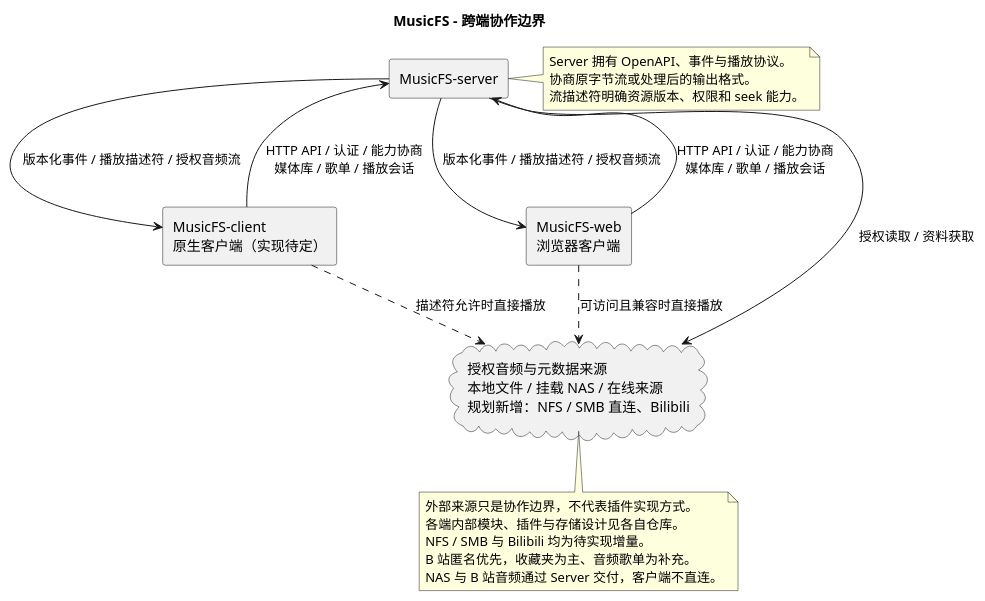
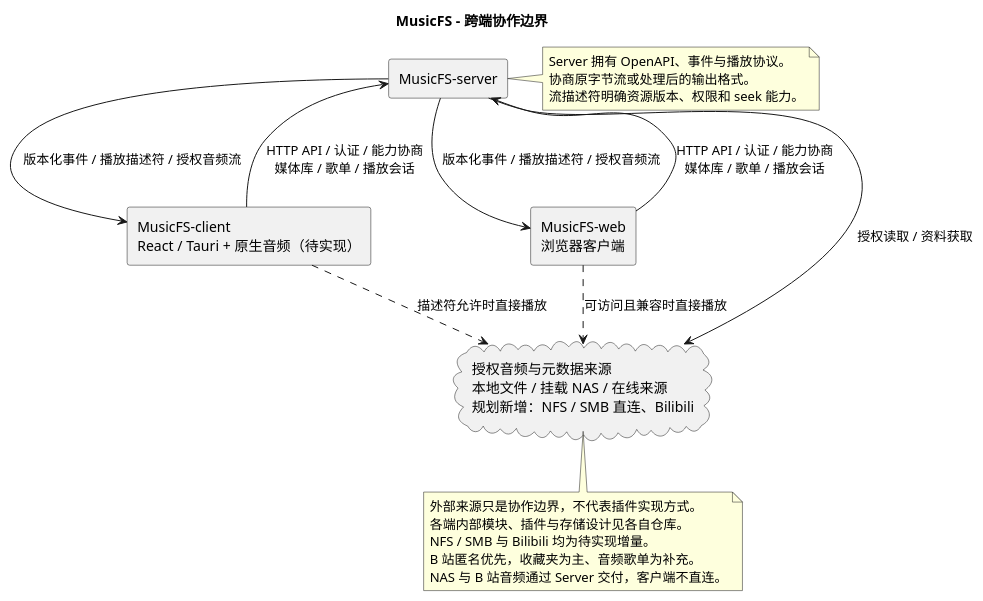
The diagram in docs/diagrams/components.puml (fnMrRice/MusicFS), drawn with PlantUML before and after one commit. The commit also changed 3 other files, not shown here.

```diff
--- a/docs/diagrams/components.puml
+++ b/docs/diagrams/components.puml
@@ -1,32 +1,32 @@
 @startuml
 title MusicFS - 跨端协作边界
 top to bottom direction
 skinparam componentStyle rectangle
 
-component "MusicFS-client\n原生客户端（实现待定）" as Client
+component "MusicFS-client\nReact / Tauri + 原生音频（待实现）" as Client
 component "MusicFS-web\n浏览器客户端" as Web
 component "MusicFS-server" as Server
 cloud "授权音频与元数据来源\n本地文件 / 挂载 NAS / 在线来源\n规划新增：NFS / SMB 直连、Bilibili" as Sources
 
 Client --> Server : HTTP API / 认证 / 能力协商\n媒体库 / 歌单 / 播放会话
 Web --> Server : HTTP API / 认证 / 能力协商\n媒体库 / 歌单 / 播放会话
 Server --> Client : 版本化事件 / 播放描述符 / 授权音频流
 Server --> Web : 版本化事件 / 播放描述符 / 授权音频流
 Server --> Sources : 授权读取 / 资料获取
 Client ..> Sources : 描述符允许时直接播放
 Web ..> Sources : 可访问且兼容时直接播放
 
 note right of Server
   Server 拥有 OpenAPI、事件与播放协议。
   协商原字节流或处理后的输出格式。
   流描述符明确资源版本、权限和 seek 能力。
 end note
 
 note bottom of Sources
   外部来源只是协作边界，不代表插件实现方式。
   各端内部模块、插件与存储设计见各自仓库。
   NFS / SMB 与 Bilibili 均为待实现增量。
   B 站匿名优先，收藏夹为主、音频歌单为补充。
   NAS 与 B 站音频通过 Server 交付，客户端不直连。
 end note
 @enduml
```
